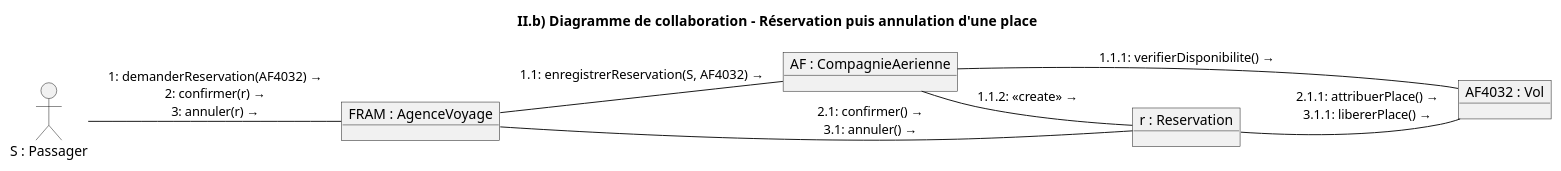
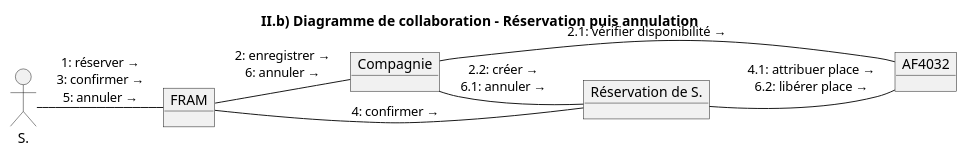
One commit to BambaXYZ/TP-C changed the diagram in TD1-UML/src/2b_collaboration_reservation_annulation.puml. Above: the diagram before and after it, drawn with PlantUML. The commit also changed 12 other files, not shown here.

First line of the commit message:
TD1 UML : noms simples directement sur les diagrammes

```diff
--- a/TD1-UML/src/2b_collaboration_reservation_annulation.puml
+++ b/TD1-UML/src/2b_collaboration_reservation_annulation.puml
@@ -1,18 +1,18 @@
 @startuml collaboration_b
 !pragma layout smetana
 allowmixing
-title II.b) Diagramme de collaboration - Réservation puis annulation d'une place
+title II.b) Diagramme de collaboration - Réservation puis annulation
 left to right direction
-actor "S : Passager" as S
-object "FRAM : AgenceVoyage" as FRAM
-object "AF : CompagnieAerienne" as AF
-object "AF4032 : Vol" as V
-object "r : Reservation" as R
+actor "S." as S
+object "FRAM" as FRAM
+object "Compagnie" as AF
+object "AF4032" as V
+object "Réservation de S." as R
 
-S -- FRAM : "1: demanderReservation(AF4032) →\n2: confirmer(r) →\n3: annuler(r) →"
-FRAM -- AF : "1.1: enregistrerReservation(S, AF4032) →"
-AF -- V : "1.1.1: verifierDisponibilite() →"
-AF -- R : "1.1.2: <<create>> →"
-FRAM -- R : "2.1: confirmer() →\n3.1: annuler() →"
-R -- V : "2.1.1: attribuerPlace() →\n3.1.1: libererPlace() →"
+S -- FRAM : "1: réserver →\n3: confirmer →\n5: annuler →"
+FRAM -- AF : "2: enregistrer →\n6: annuler →"
+AF -- V : "2.1: vérifier disponibilité →"
+AF -- R : "2.2: créer →\n6.1: annuler →"
+FRAM -- R : "4: confirmer →"
+R -- V : "4.1: attribuer place →\n6.2: libérer place →"
 @enduml
```
